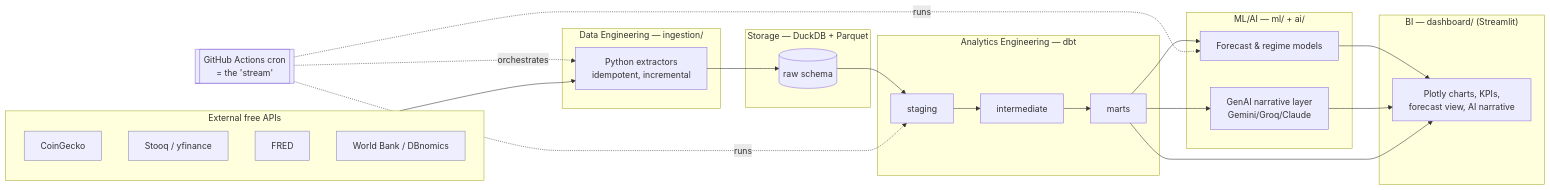
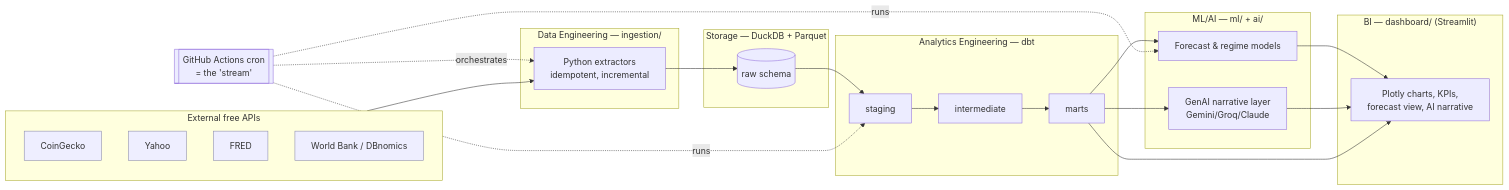
One commit to mathsisbest/macro-scope changed the diagram in PLAN.md. Above: the diagram before and after it, drawn with Mermaid. The commit also changed other lines of this file and 1 other file, not shown here.

First line of the commit message:
docs: correct data-source status — Yahoo is the implemented price source, Stooq is dormant (#49)

````diff
--- a/PLAN.md
+++ b/PLAN.md
@@ -107,41 +108,41 @@
 ```mermaid
 flowchart LR
     subgraph Sources["External free APIs"]
         A1[CoinGecko]:::src
-        A2[Stooq / yfinance]:::src
+        A2[Yahoo]:::src
         A3[FRED]:::src
         A4[World Bank / DBnomics]:::src
     end
 
     subgraph Ingest["Data Engineering — ingestion/"]
         B[Python extractors\nidempotent, incremental]
     end
 
     subgraph Store["Storage — DuckDB + Parquet"]
         C[(raw schema)]
     end
 
     subgraph Transform["Analytics Engineering — dbt"]
         D[staging] --> E[intermediate] --> F[marts]
     end
 
     subgraph Intelligence["ML/AI — ml/ + ai/"]
         G[Forecast & regime models]
         H[GenAI narrative layer\nGemini/Groq/Claude]
     end
 
     subgraph Serve["BI — dashboard/ (Streamlit)"]
         I[Plotly charts, KPIs,\nforecast view, AI narrative]
     end
 
     Sources --> B --> C --> D
     F --> G --> I
     F --> H --> I
     F --> I
 
     GHA[[GitHub Actions cron\n= the 'stream']] -.orchestrates.-> B
     GHA -.runs.-> D
     GHA -.runs.-> G
 
     classDef src fill:#eef,stroke:#88a;
 ```
````
